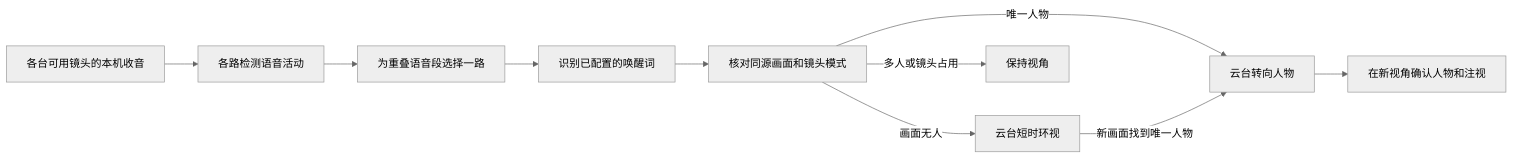
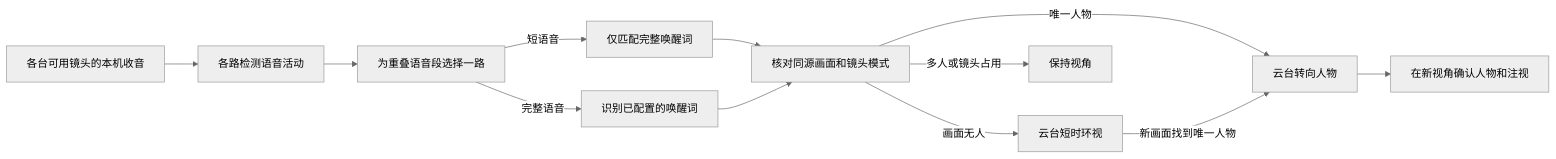
One commit to Geeprox/Friday changed the sixth of 31 diagrams in docs/architecture.md. Above: the diagram before and after it, drawn with Mermaid (neutral theme). The commit also changed other lines of this file and 7 other files, not shown here.

````diff
--- a/docs/architecture.md
+++ b/docs/architecture.md
@@ -149,12 +151,14 @@
 ```mermaid
 flowchart LR
   A[各台可用镜头的本机收音] --> V[各路检测语音活动]
   V --> S[为重叠语音段选择一路]
-  S --> B[识别已配置的唤醒词]
+  S -->|短语音| W[仅匹配完整唤醒词]
+  S -->|完整语音| B[识别已配置的唤醒词]
+  W --> C[核对同源画面和镜头模式]
   B --> C[核对同源画面和镜头模式]
   C -->|唯一人物| D[云台转向人物]
   C -->|画面无人| E[云台短时环视]
   E -->|新画面找到唯一人物| D
   C -->|多人或镜头占用| F[保持视角]
   D --> G[在新视角确认人物和注视]
 ```
````
